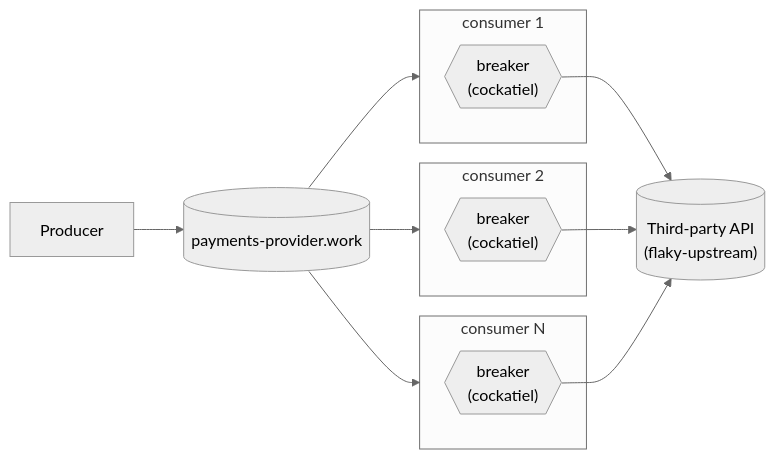
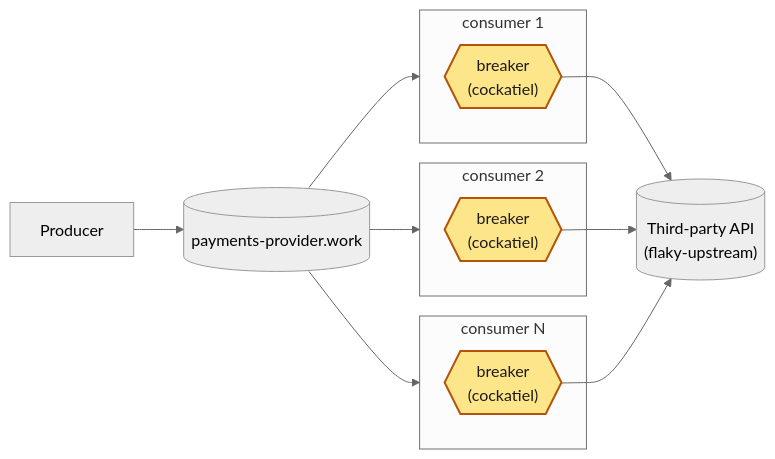
One commit to lsfera/circuit-breaker-unboxing changed the diagram in README.md. Above: the diagram before and after it, drawn with Mermaid (neutral theme). The commit also changed other lines of this file, not shown here.

Commit message:
Colour what this branch adds in the README diagram
The three breakers are the only new pieces since article/01; they're amber now, with a one-line key under the diagram, so the change reads at a glance.

````diff
--- a/README.md
+++ b/README.md
@@ -7,19 +7,21 @@
 ```mermaid
 flowchart LR
   producer["Producer"] --> queue[("payments-provider.work")]
   subgraph c1["consumer 1"]
     b1{{"breaker\n(cockatiel)"}}
   end
   subgraph c2["consumer 2"]
     b2{{"breaker\n(cockatiel)"}}
   end
   subgraph c3["consumer N"]
     b3{{"breaker\n(cockatiel)"}}
   end
   queue --> c1
   queue --> c2
   queue --> c3
   b1 --> api[("Third-party API\n(flaky-upstream)")]
   b2 --> api
   b3 --> api
+  classDef new fill:#fde68a,stroke:#b45309,stroke-width:2px,color:#1c1917
+  class b1,b2,b3 new
 ```
````
